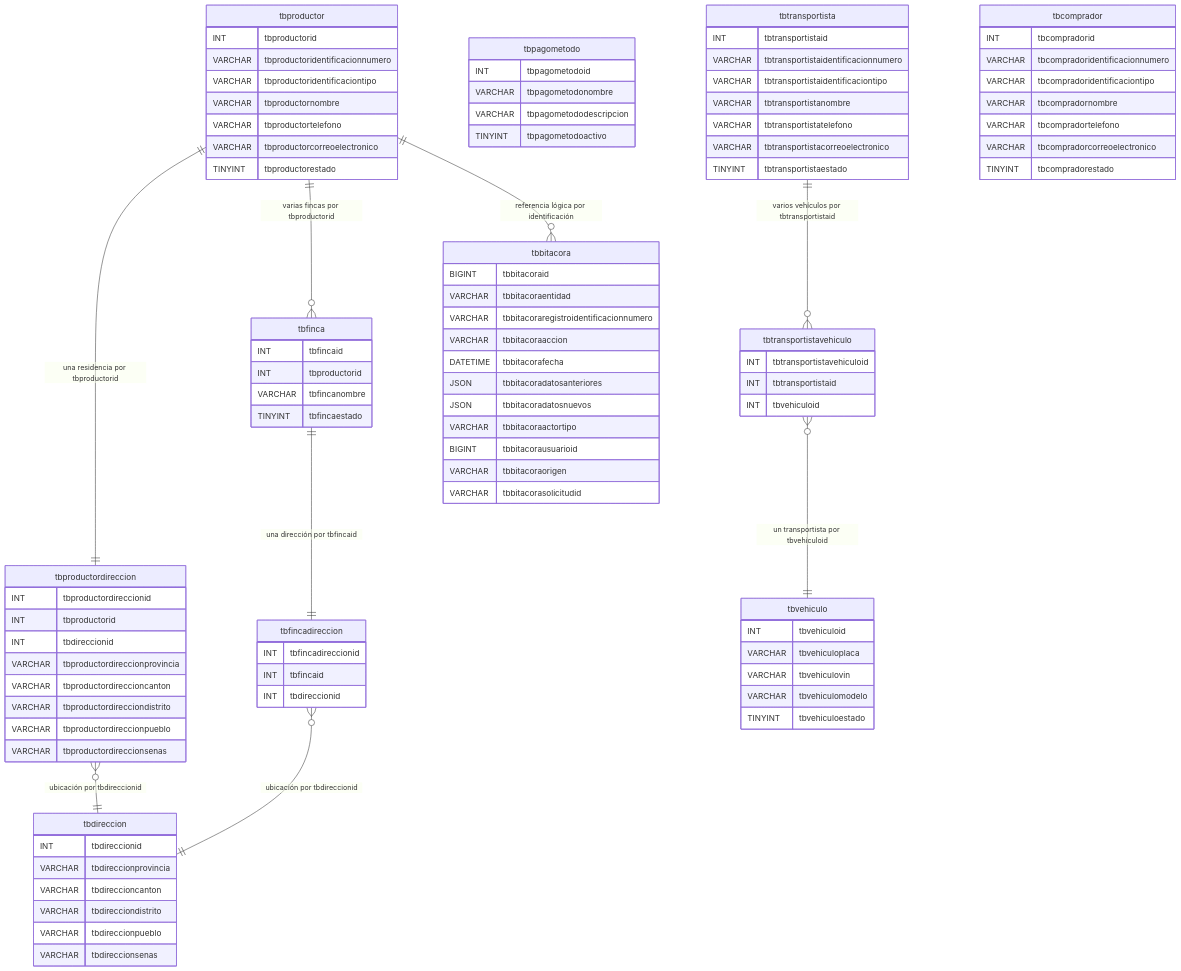
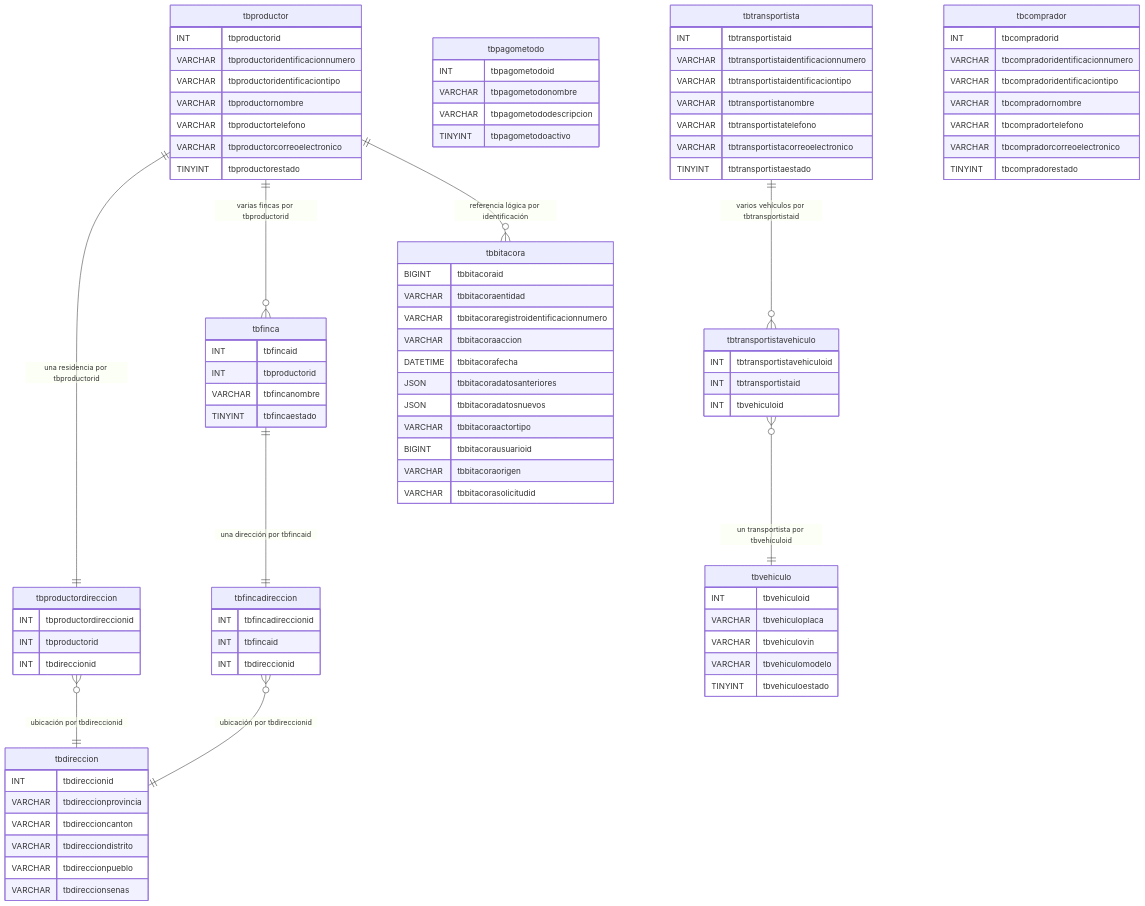
One commit to DilanRC/Proyecto-Paradigmas changed the diagram in Documentation/DER.md. Above: the diagram before and after it, drawn with Mermaid. The commit also changed other lines of this file and 20 other files, not shown here.

```diff
--- a/Documentation/DER.md
+++ b/Documentation/DER.md
@@ -15,11 +15,6 @@
         INT tbproductordireccionid
         INT tbproductorid
         INT tbdireccionid
-        VARCHAR tbproductordireccionprovincia
-        VARCHAR tbproductordireccioncanton
-        VARCHAR tbproductordirecciondistrito
-        VARCHAR tbproductordireccionpueblo
-        VARCHAR tbproductordireccionsenas
     }
     tbdireccion {
         INT tbdireccionid
```
